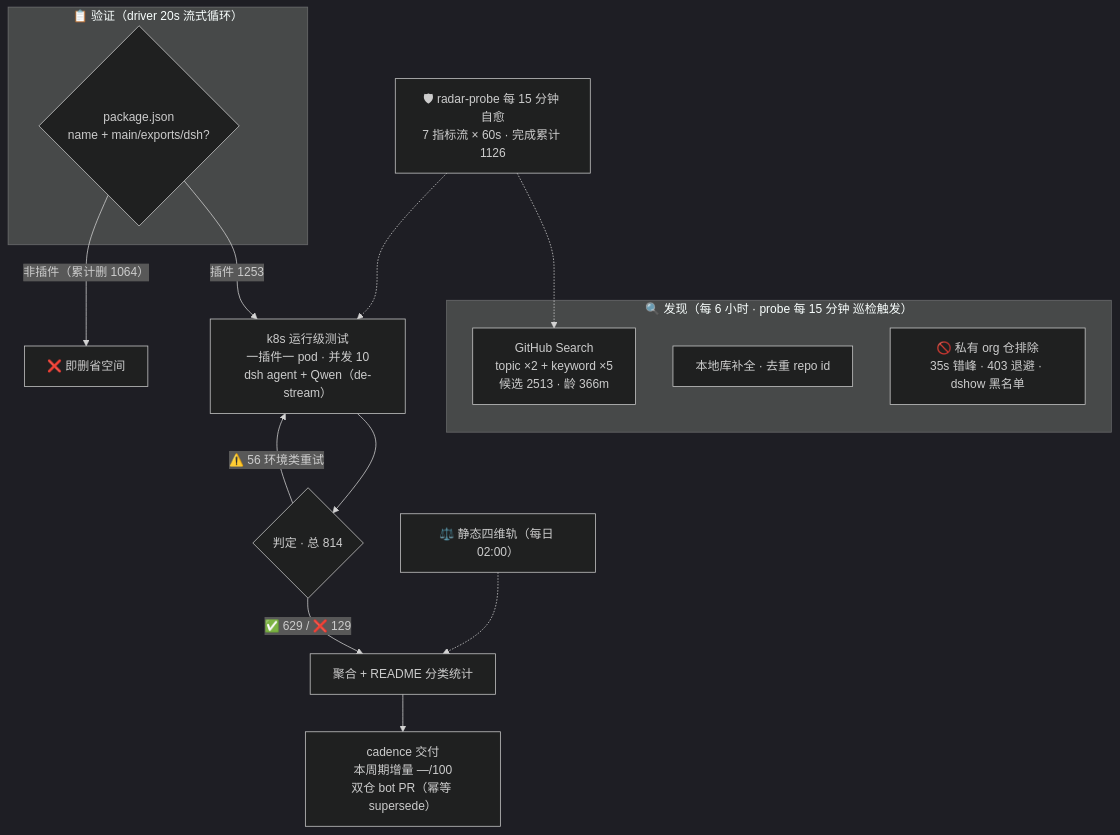
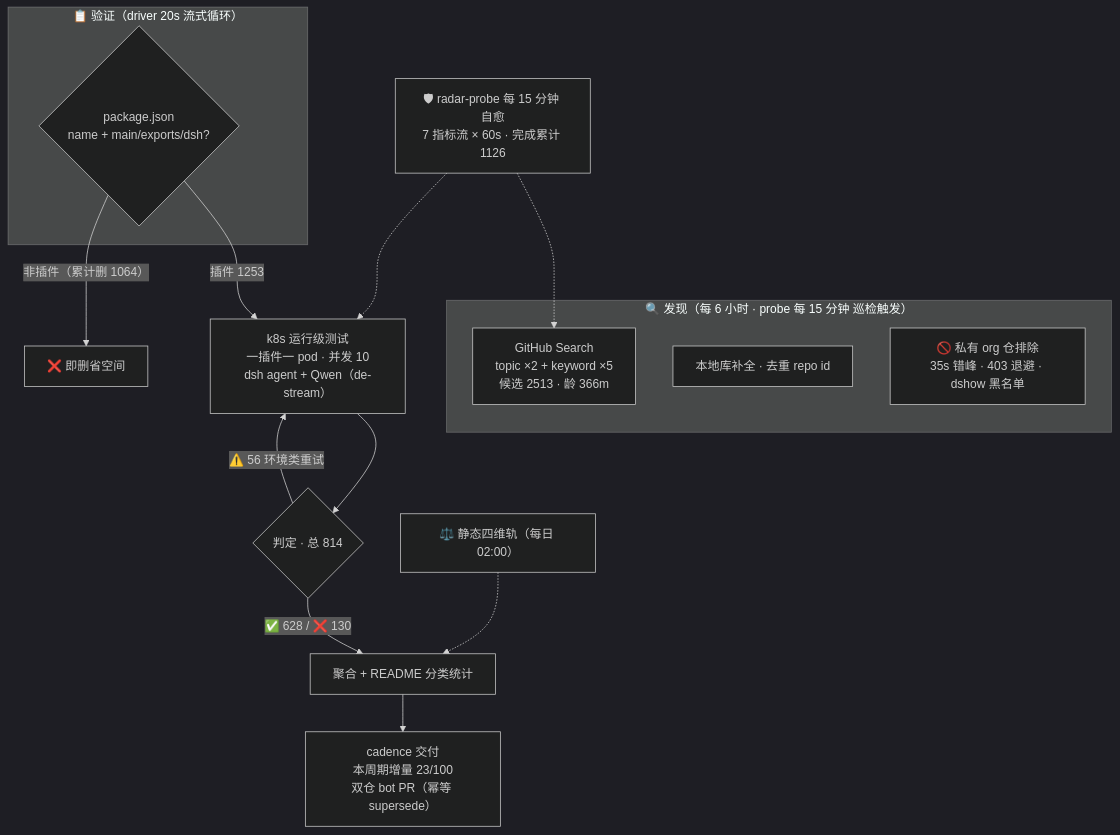
Before and after one commit to Zhidao-Lab-OSS/awesome-dsh-plugins: the diagram in README.md, drawn with Mermaid (dark theme). The commit also changed other lines of this file and 3 other files, not shown here.

````diff
--- a/README.md
+++ b/README.md
@@ -30,20 +30,20 @@
 ```mermaid
 flowchart TB
     subgraph Discovery["🔍 发现（每 6 小时 · probe 每 15 分钟 巡检触发）"]
         A1["GitHub Search<br/>topic ×2 + keyword ×5<br/>候选 2513 · 龄 366m"]
         A2["本地库补全 · 去重 repo id"]
         A3["🚫 私有 org 仓排除<br/>35s 错峰 · 403 退避 · dshow 黑名单"]
     end
     subgraph Validation["📋 验证（driver 20s 流式循环）"]
         B1{"package.json<br/>name + main/exports/dsh?"}
     end
     B1 -->|"插件 1253"| C1["k8s 运行级测试<br/>一插件一 pod · 并发 10<br/>dsh agent + Qwen（de-stream）"]
     B1 -->|"非插件（累计删 1064）"| B3["❌ 即删省空间"]
     C1 --> D1{"判定 · 总 814"}
-    D1 -->|"✅ 629 / ❌ 129"| E1["聚合 + README 分类统计"]
+    D1 -->|"✅ 628 / ❌ 130"| E1["聚合 + README 分类统计"]
     D1 -->|"⚠️ 56 环境类重试"| C1
-    E1 --> E2["cadence 交付<br/>本周期增量 —/100<br/>双仓 bot PR（幂等 supersede）"]
+    E1 --> E2["cadence 交付<br/>本周期增量 23/100<br/>双仓 bot PR（幂等 supersede）"]
     S["⚖️ 静态四维轨（每日 02:00）"] -.-> E1
     M["🛡 radar-probe 每 15 分钟 自愈<br/>7 指标流 × 60s · 完成累计 1126"] -.-> A1
     M -.-> C1
 ```
````
